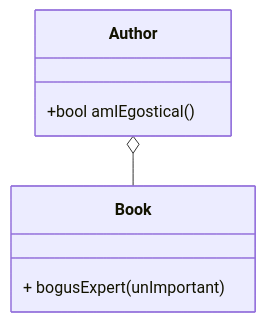
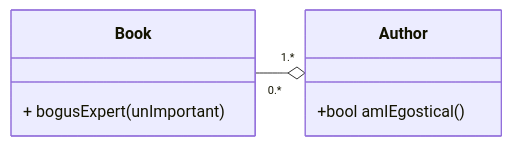
The diagram in tests/resources/testdata/mermaidgolden/MermaidAggregation.md (hasii2011/pyutplugins), drawn with Mermaid before and after one commit. The commit also changed 7 other files, not shown here.

````diff
--- a/tests/resources/testdata/mermaidgolden/MermaidAggregation.md
+++ b/tests/resources/testdata/mermaidgolden/MermaidAggregation.md
@@ -1,11 +1,12 @@
 ```mermaid
 classDiagram
+    direction RL
     %% Links follow
-    Author o-- Book
+    Author "1.*" o-- "0.*" Book
     class Author { 
         +bool amIEgostical()
     }
     class Book { 
         + bogusExpert(unImportant)
     }
 ```
````
